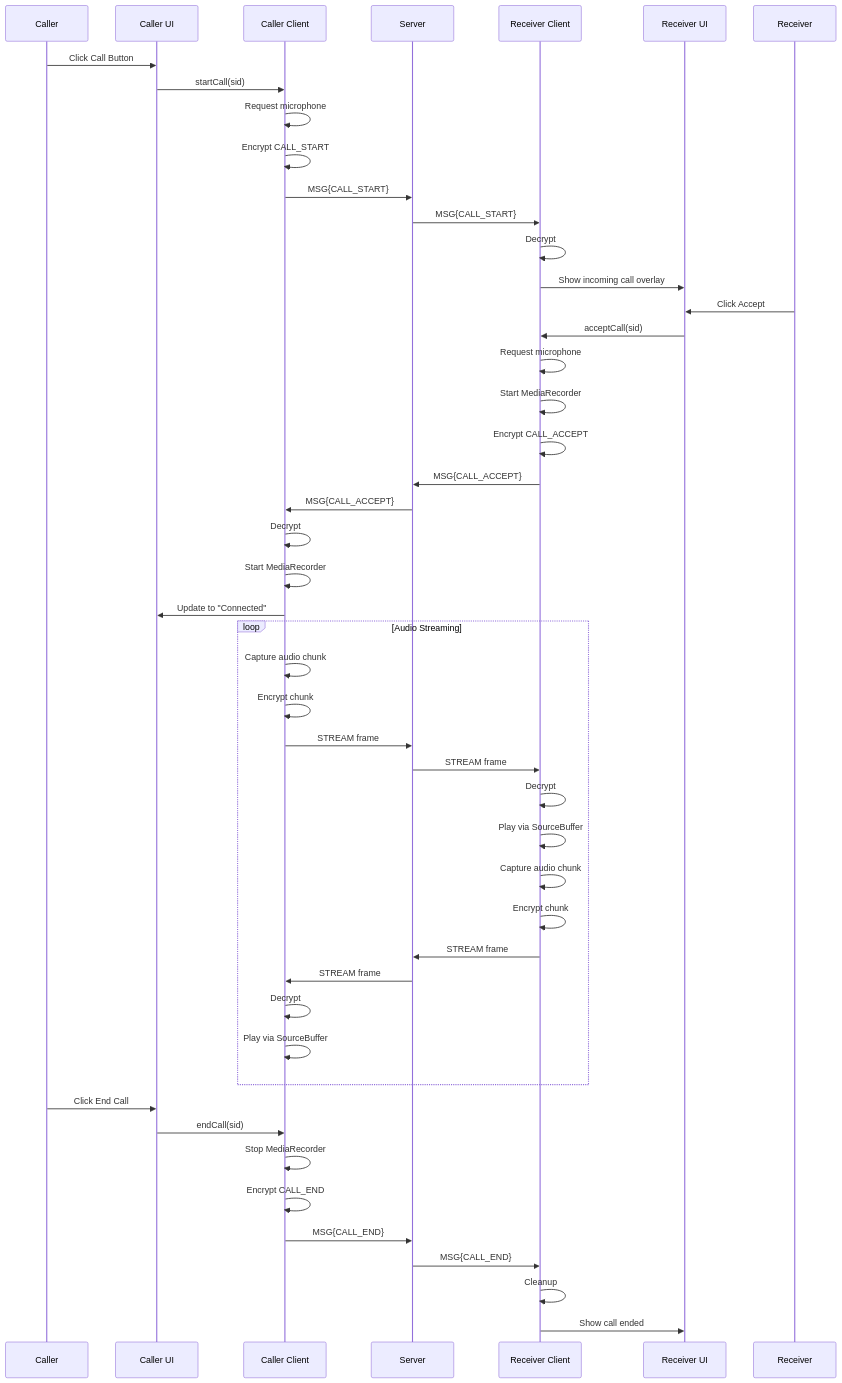
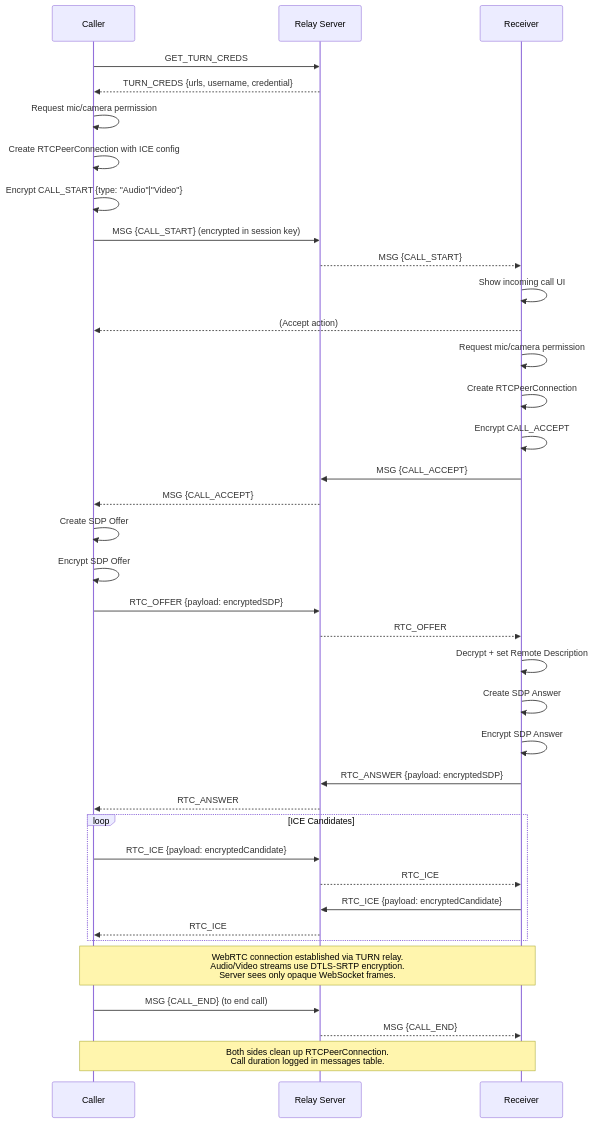
Before and after one commit to TheYogMehta/CryptNode: the eighth of 10 diagrams in docs/USER_FLOWS.md, drawn with Mermaid. The commit also changed other lines of this file and 11 other files, not shown here.

````diff
--- a/docs/USER_FLOWS.md
+++ b/docs/USER_FLOWS.md
@@ -327,56 +341,47 @@
 ```mermaid
 sequenceDiagram
-    participant U1 as Caller
-    participant UI1 as Caller UI
-    participant CL1 as Caller Client
-    participant S as Server
-    participant CL2 as Receiver Client
-    participant UI2 as Receiver UI
-    participant U2 as Receiver
+    participant Caller
+    participant Server as Relay Server
+    participant Receiver
 
-    U1->>UI1: Click Call Button
-    UI1->>CL1: startCall(sid)
-    CL1->>CL1: Request microphone
-    CL1->>CL1: Encrypt CALL_START
-    CL1->>S: MSG{CALL_START}
-    S->>CL2: MSG{CALL_START}
-    CL2->>CL2: Decrypt
-    CL2->>UI2: Show incoming call overlay
+    Caller->>Server: GET_TURN_CREDS
+    Server-->>Caller: TURN_CREDS {urls, username, credential}
 
-    U2->>UI2: Click Accept
-    UI2->>CL2: acceptCall(sid)
-    CL2->>CL2: Request microphone
-    CL2->>CL2: Start MediaRecorder
-    CL2->>CL2: Encrypt CALL_ACCEPT
-    CL2->>S: MSG{CALL_ACCEPT}
+    Caller->>Caller: Request mic/camera permission
+    Caller->>Caller: Create RTCPeerConnection with ICE config
+    Caller->>Caller: Encrypt CALL_START {type: "Audio"|"Video"}
+    Caller->>Server: MSG {CALL_START} (encrypted in session key)
+    Server-->>Receiver: MSG {CALL_START}
 
-    S->>CL1: MSG{CALL_ACCEPT}
-    CL1->>CL1: Decrypt
-    CL1->>CL1: Start MediaRecorder
-    CL1->>UI1: Update to "Connected"
+    Receiver->>Receiver: Show incoming call UI
+    Receiver-->>Caller: (Accept action)
+    Receiver->>Receiver: Request mic/camera permission
+    Receiver->>Receiver: Create RTCPeerConnection
+    Receiver->>Receiver: Encrypt CALL_ACCEPT
+    Receiver->>Server: MSG {CALL_ACCEPT}
+    Server-->>Caller: MSG {CALL_ACCEPT}
 
-    loop Audio Streaming
-        CL1->>CL1: Capture audio chunk
-        CL1->>CL1: Encrypt chunk
-        CL1->>S: STREAM frame
-        S->>CL2: STREAM frame
-        CL2->>CL2: Decrypt
-        CL2->>CL2: Play via SourceBuffer
+    Caller->>Caller: Create SDP Offer
+    Caller->>Caller: Encrypt SDP Offer
+    Caller->>Server: RTC_OFFER {payload: encryptedSDP}
+    Server-->>Receiver: RTC_OFFER
 
-        CL2->>CL2: Capture audio chunk
-        CL2->>CL2: Encrypt chunk
-        CL2->>S: STREAM frame
-        S->>CL1: STREAM frame
-        CL1->>CL1: Decrypt
-        CL1->>CL1: Play via SourceBuffer
+    Receiver->>Receiver: Decrypt + set Remote Description
+    Receiver->>Receiver: Create SDP Answer
+    Receiver->>Receiver: Encrypt SDP Answer
+    Receiver->>Server: RTC_ANSWER {payload: encryptedSDP}
+    Server-->>Caller: RTC_ANSWER
+
+    loop ICE Candidates
+        Caller->>Server: RTC_ICE {payload: encryptedCandidate}
+        Server-->>Receiver: RTC_ICE
+        Receiver->>Server: RTC_ICE {payload: encryptedCandidate}
+        Server-->>Caller: RTC_ICE
     end
 
-    U1->>UI1: Click End Call
-    UI1->>CL1: endCall(sid)
-    CL1->>CL1: Stop MediaRecorder
-    CL1->>CL1: Encrypt CALL_END
-    CL1->>S: MSG{CALL_END}
-    S->>CL2: MSG{CALL_END}
-    CL2->>CL2: Cleanup
-    CL2->>UI2: Show call ended
+    note over Caller,Receiver: WebRTC connection established via TURN relay.<br/>Audio/Video streams use DTLS-SRTP encryption.<br/>Server sees only opaque WebSocket frames.
+
+    Caller->>Server: MSG {CALL_END} (to end call)
+    Server-->>Receiver: MSG {CALL_END}
+    note over Caller,Receiver: Both sides clean up RTCPeerConnection.<br/>Call duration logged in messages table.
 ```
````
